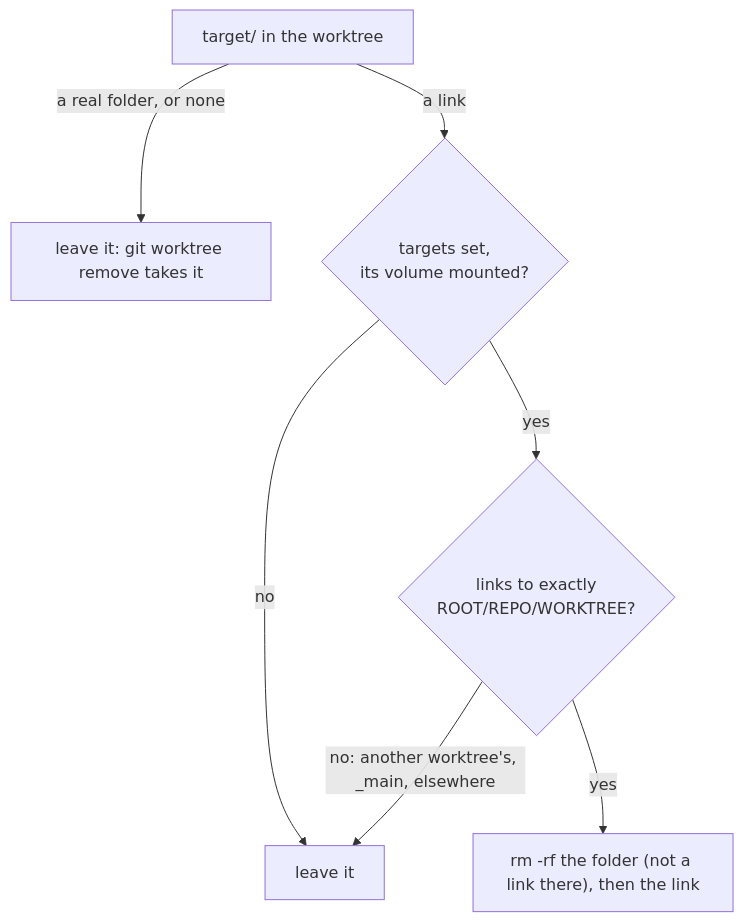
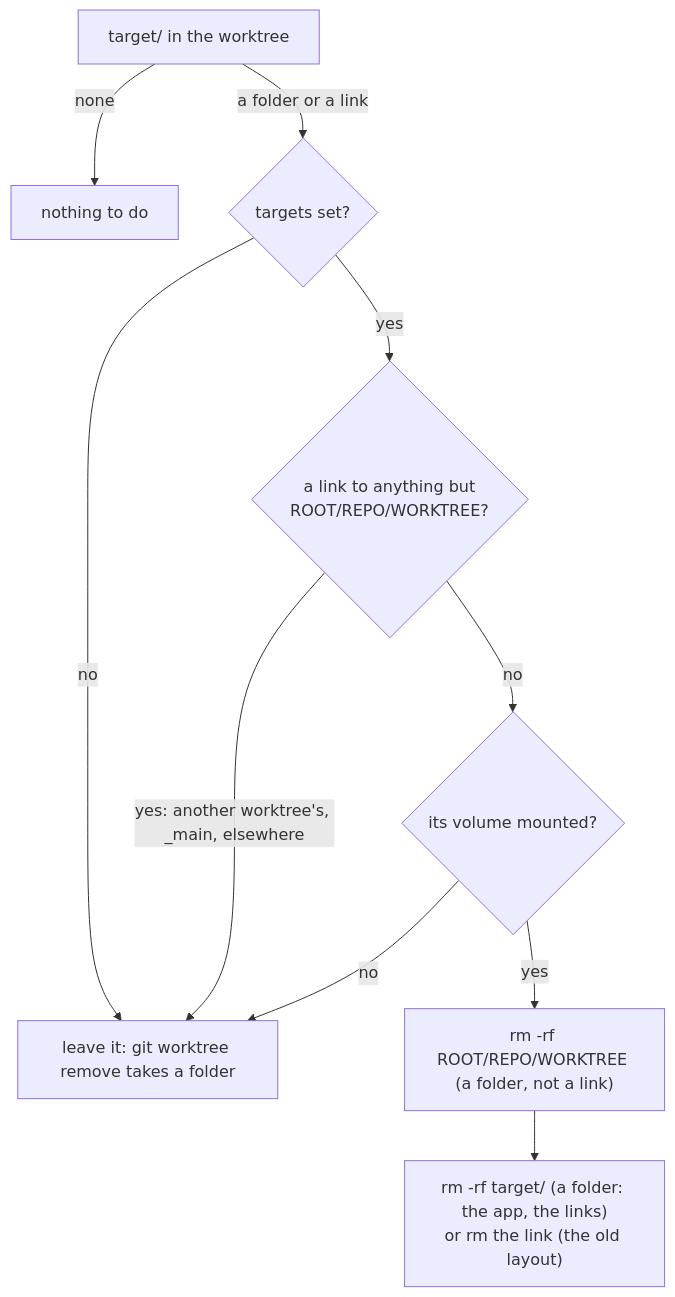
Before and after one commit to tampopogk/kanna: the second of 2 diagrams in docs/specs/build-targets.md, drawn with Mermaid. The commit also changed other lines of this file and 7 other files, not shown here.

Commit message:
Task instances run off the internal disk: a worktree's target/ is a folder there, its build folders link to the volume, and Kanna.app and e2e-kanna stay local, so a drop of the volume doesn't take the instance; teardown removes the volume's folder and target/; scripts/test-volume-drop.sh

````diff
--- a/docs/specs/build-targets.md
+++ b/docs/specs/build-targets.md
@@ -68,9 +71,12 @@
 ```mermaid
 flowchart TD
-    A["target/ in the worktree"] -->|"a real folder, or none"| K["leave it: git worktree remove takes it"]
-    A -->|a link| B{"targets set,<br/>its volume mounted?"}
-    B -->|no| K2["leave it"]
-    B -->|yes| C{"links to exactly<br/>ROOT/REPO/WORKTREE?"}
-    C -->|"no: another worktree's, _main, elsewhere"| K2
-    C -->|yes| D["rm -rf the folder (not a link there), then the link"]
+    A["target/ in the worktree"] -->|none| K["nothing to do"]
+    A -->|"a folder or a link"| B{"targets set?"}
+    B -->|no| K2["leave it: git worktree remove takes a folder"]
+    B -->|yes| C{"a link to anything but<br/>ROOT/REPO/WORKTREE?"}
+    C -->|"yes: another worktree's, _main, elsewhere"| K2
+    C -->|no| M{"its volume mounted?"}
+    M -->|no| K2
+    M -->|yes| D["rm -rf ROOT/REPO/WORKTREE (a folder, not a link)"]
+    D --> E["rm -rf target/ (a folder: the app, the links)<br/>or rm the link (the old layout)"]
 ```
````
